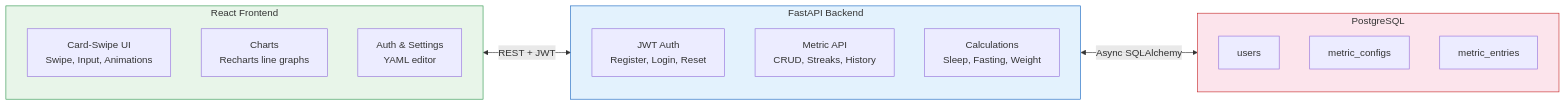
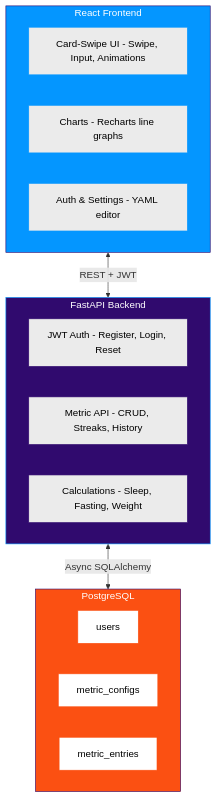
The diagram in PORTFOLIO.md (jkrauss/tracking-success.jonaskrauss.de), drawn with Mermaid before and after one commit.

Commit message:
Redesign Mermaid diagram: vertical layout, brand colors, readable text

````diff
--- a/PORTFOLIO.md
+++ b/PORTFOLIO.md
@@ -49,30 +49,36 @@
 ```mermaid
-flowchart LR
-    subgraph Frontend ["React Frontend"]
-        direction TB
-        F1["Card-Swipe UI\nSwipe, Input, Animations"]
-        F2["Charts\nRecharts line graphs"]
-        F3["Auth & Settings\nYAML editor"]
+flowchart TD
+    subgraph frontend ["React Frontend"]
+        F1["Card-Swipe UI - Swipe, Input, Animations"]
+        F2["Charts - Recharts line graphs"]
+        F3["Auth & Settings - YAML editor"]
     end
 
-    subgraph Backend ["FastAPI Backend"]
-        direction TB
-        B1["JWT Auth\nRegister, Login, Reset"]
-        B2["Metric API\nCRUD, Streaks, History"]
-        B3["Calculations\nSleep, Fasting, Weight"]
+    subgraph backend ["FastAPI Backend"]
+        B1["JWT Auth - Register, Login, Reset"]
+        B2["Metric API - CRUD, Streaks, History"]
+        B3["Calculations - Sleep, Fasting, Weight"]
     end
 
-    subgraph DB ["PostgreSQL"]
-        direction TB
+    subgraph db ["PostgreSQL"]
         D1[users]
         D2[metric_configs]
         D3[metric_entries]
     end
 
-    Frontend <-->|"REST + JWT"| Backend
-    Backend <-->|"Async SQLAlchemy"| DB
+    frontend <-->|"REST + JWT"| backend
+    backend <-->|"Async SQLAlchemy"| db
 
-    style Frontend fill:#e8f5e9,stroke:#30974e
-    style Backend fill:#e3f2fd,stroke:#1565c0
-    style DB fill:#fce4ec,stroke:#c62828
+    style frontend fill:#0496FF,stroke:#300A6E,color:#FFFFFF
+    style backend fill:#300A6E,stroke:#0496FF,color:#FFFFFF
+    style db fill:#FB5012,stroke:#300A6E,color:#FFFFFF
+    style F1 fill:#EBEBEB,stroke:#0496FF,color:#000000
+    style F2 fill:#EBEBEB,stroke:#0496FF,color:#000000
+    style F3 fill:#EBEBEB,stroke:#0496FF,color:#000000
+    style B1 fill:#EBEBEB,stroke:#300A6E,color:#000000
+    style B2 fill:#EBEBEB,stroke:#300A6E,color:#000000
+    style B3 fill:#EBEBEB,stroke:#300A6E,color:#000000
+    style D1 fill:#FFFFFF,stroke:#FB5012,color:#000000
+    style D2 fill:#FFFFFF,stroke:#FB5012,color:#000000
+    style D3 fill:#FFFFFF,stroke:#FB5012,color:#000000
 ```
````
